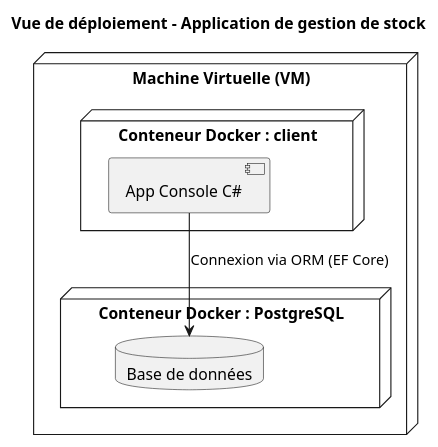
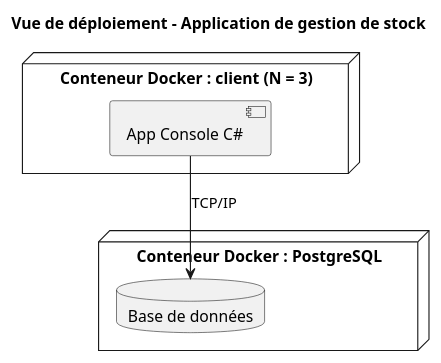
Before and after one commit to itsahmed98/log430-lab1: the diagram in docs/UML/Vue-de-déploiement/déploiement.puml, drawn with PlantUML.

```diff
--- a/docs/UML/Vue-de-déploiement/déploiement.puml
+++ b/docs/UML/Vue-de-déploiement/déploiement.puml
@@ -1,15 +1,14 @@
 @startuml
 title Vue de déploiement - Application de gestion de stock
-node "Machine Virtuelle (VM)" {
   
-  node "Conteneur Docker : client" {
+node "Conteneur Docker : client (N = 3)" {
     component "App Console C#"
-  }
-
-  node "Conteneur Docker : PostgreSQL" {
-    database "Base de données"
-  }
 }
 
-"App Console C#" --> "Base de données" : Connexion via ORM (EF Core)
+node "Conteneur Docker : PostgreSQL" {
+    database "Base de données"
+}
+
+
+"App Console C#" --> "Base de données" : TCP/IP
 @enduml
```
